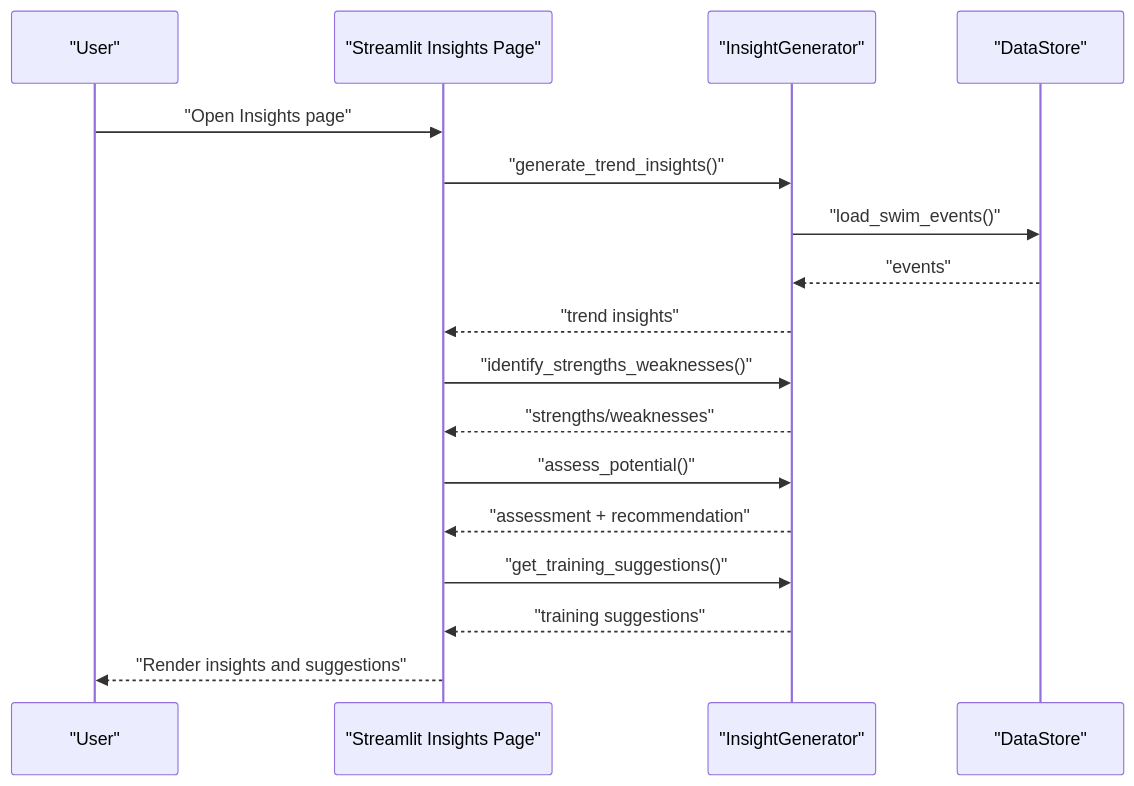
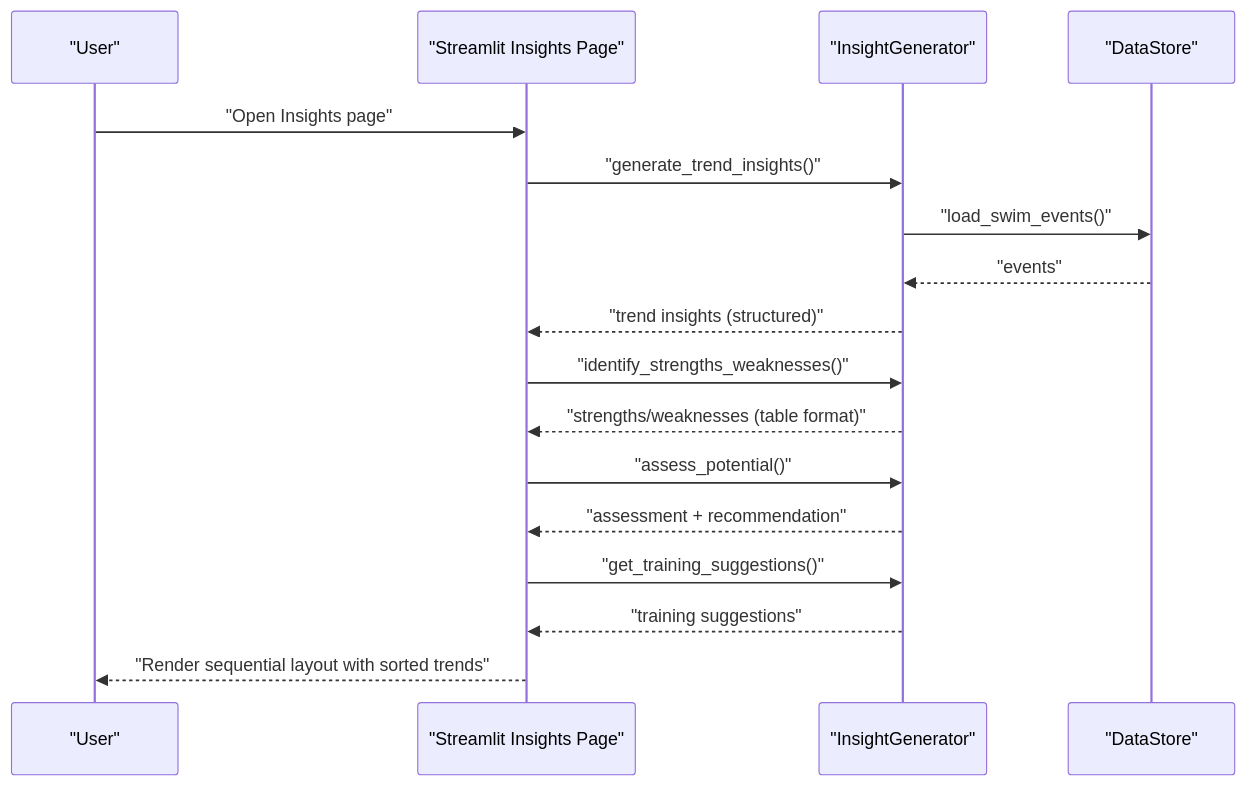
Diagram 11 of 12 in .qoder/repowiki/en/content/Feature Modules/Insight Generation.md (Johnny22056/SwimingStatus), drawn with Mermaid before and after one commit. The commit also changed other lines of this file and 4 other files, not shown here.

First line of the commit message:
feat: UI modernization - dark theme, KPI cards, chart subtitles, table & button styling

````diff
--- a/.qoder/repowiki/en/content/Feature Modules/Insight Generation.md
+++ b/.qoder/repowiki/en/content/Feature Modules/Insight Generation.md
@@ -355,19 +419,19 @@
 ```mermaid
 sequenceDiagram
 participant User as "User"
 participant UI as "Streamlit Insights Page"
 participant Gen as "InsightGenerator"
 participant Store as "DataStore"
 User->>UI : "Open Insights page"
 UI->>Gen : "generate_trend_insights()"
 Gen->>Store : "load_swim_events()"
 Store-->>Gen : "events"
-Gen-->>UI : "trend insights"
+Gen-->>UI : "trend insights (structured)"
 UI->>Gen : "identify_strengths_weaknesses()"
-Gen-->>UI : "strengths/weaknesses"
+Gen-->>UI : "strengths/weaknesses (table format)"
 UI->>Gen : "assess_potential()"
 Gen-->>UI : "assessment + recommendation"
 UI->>Gen : "get_training_suggestions()"
 Gen-->>UI : "training suggestions"
-UI-->>User : "Render insights and suggestions"
+UI-->>User : "Render sequential layout with sorted trends"
 ```
````
